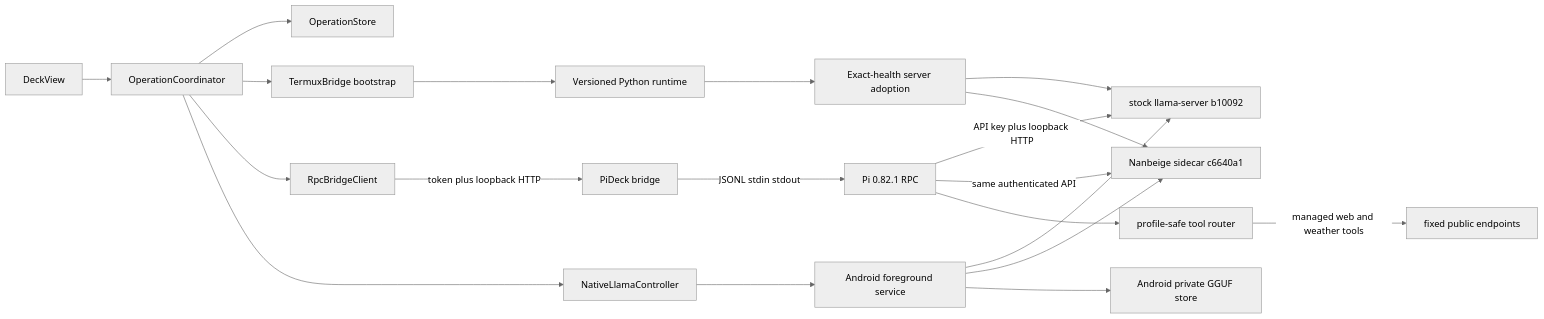
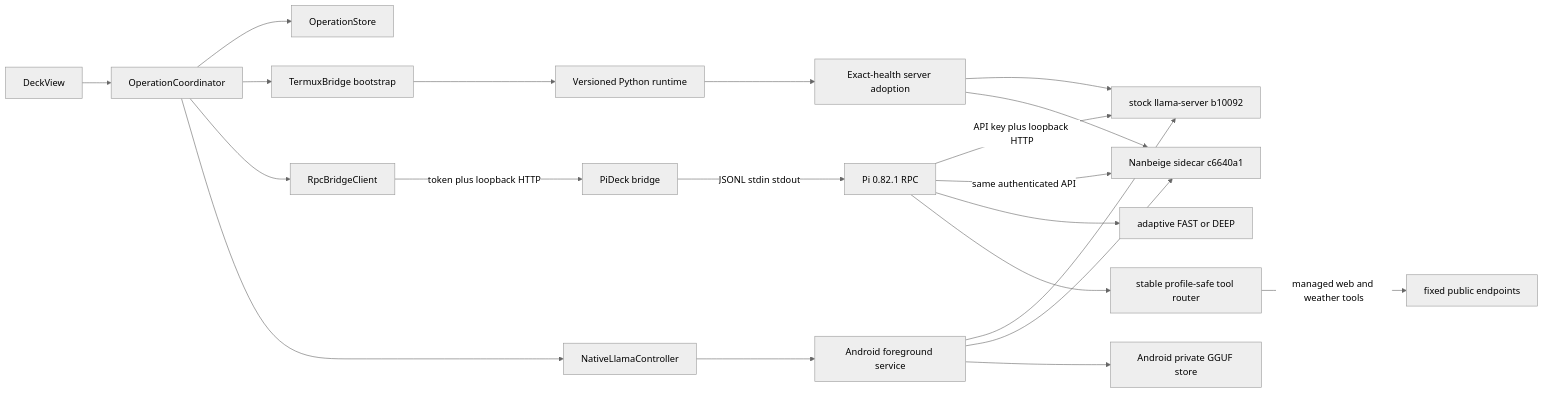
The diagram in docs/architecture.md (tigrohvost/pi-deck), drawn with Mermaid (neutral theme) before and after one commit. The commit also changed other lines of this file and 29 other files, not shown here.

````diff
--- a/docs/architecture.md
+++ b/docs/architecture.md
@@ -5,22 +5,23 @@
 ```mermaid
 flowchart LR
   UI[DeckView] --> OC[OperationCoordinator]
   OC --> OS[OperationStore]
   OC --> TC[TermuxBridge bootstrap]
   OC --> RC[RpcBridgeClient]
   OC --> NC[NativeLlamaController]
   NC --> NS[Android foreground service]
   NS --> LS[stock llama-server b10092]
   NS --> NB[Nanbeige sidecar c6640a1]
   NS --> MS[Android private GGUF store]
   TC --> RT[Versioned Python runtime]
   RC -->|token plus loopback HTTP| BR[PiDeck bridge]
   BR -->|JSONL stdin stdout| PI[Pi 0.82.1 RPC]
   PI -->|API key plus loopback HTTP| LS
   PI -->|same authenticated API| NB
-  PI --> TR[profile-safe tool router]
+  PI --> AT[adaptive FAST or DEEP]
+  PI --> TR[stable profile-safe tool router]
   TR -->|managed web and weather tools| WEB[fixed public endpoints]
   RT --> AD[Exact-health server adoption]
   AD --> LS
   AD --> NB
 ```
````
